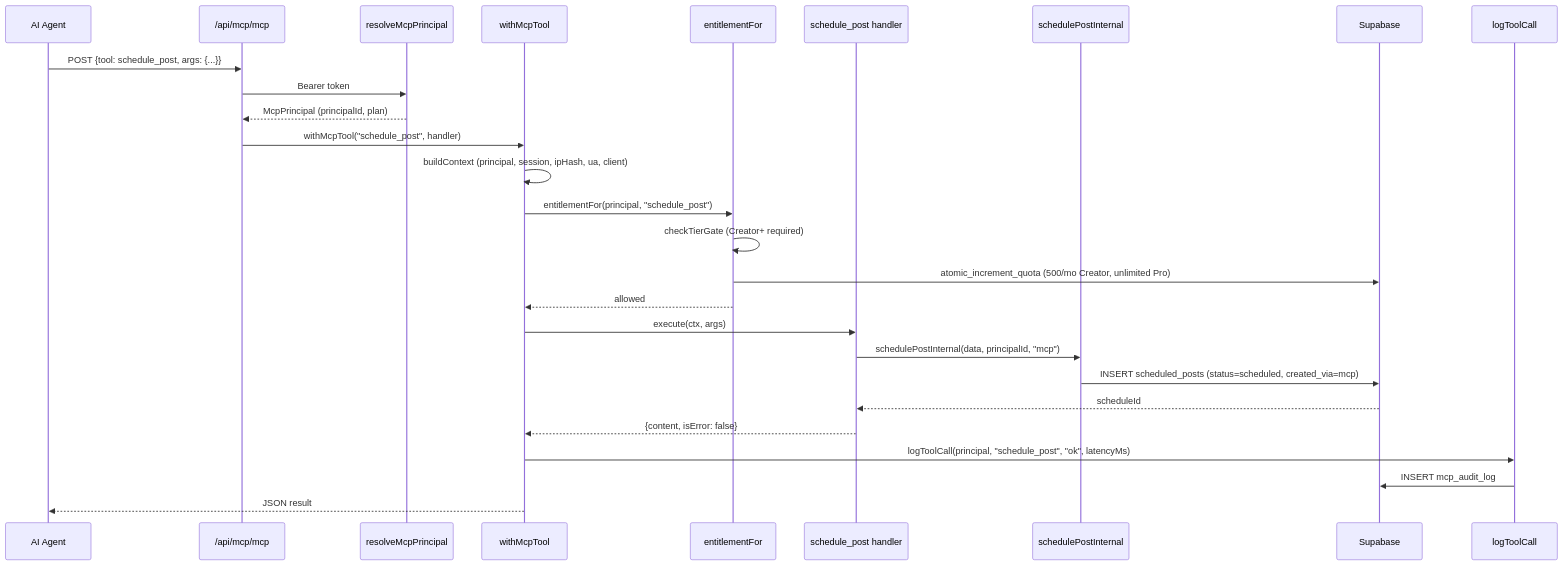
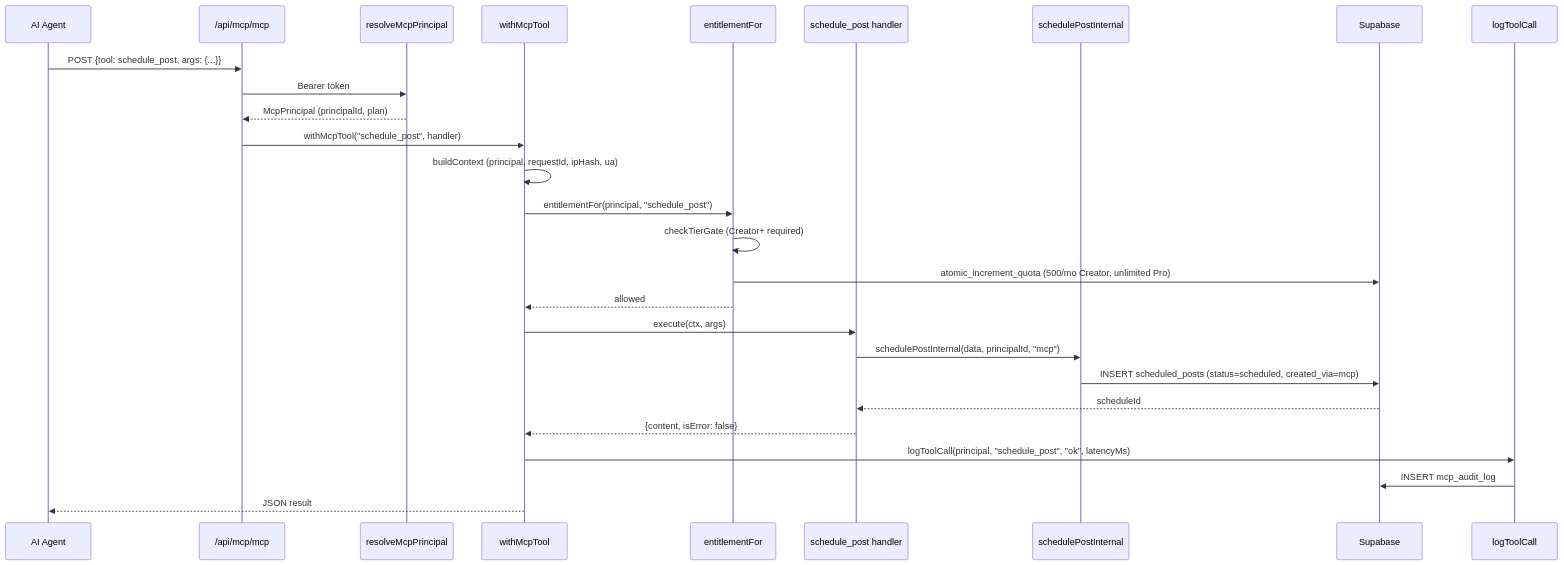
Before and after one commit to Andy00L/sharetopus: the third of 8 diagrams in docs/ARCHITECTURE.md, drawn with Mermaid. The commit also changed other lines of this file and 11 other files, not shown here.

````diff
--- a/docs/ARCHITECTURE.md
+++ b/docs/ARCHITECTURE.md
@@ -314,30 +314,30 @@
 ```mermaid
 sequenceDiagram
     participant Agent as AI Agent
     participant MCP as /api/mcp/mcp
     participant Auth as resolveMcpPrincipal
     participant HOF as withMcpTool
     participant Entitle as entitlementFor
     participant Tool as schedule_post handler
     participant Internal as schedulePostInternal
     participant DB as Supabase
     participant Audit as logToolCall
 
     Agent->>MCP: POST {tool: schedule_post, args: {...}}
     MCP->>Auth: Bearer token
     Auth-->>MCP: McpPrincipal (principalId, plan)
     MCP->>HOF: withMcpTool("schedule_post", handler)
-    HOF->>HOF: buildContext (principal, session, ipHash, ua, client)
+    HOF->>HOF: buildContext (principal, requestId, ipHash, ua)
     HOF->>Entitle: entitlementFor(principal, "schedule_post")
     Entitle->>Entitle: checkTierGate (Creator+ required)
     Entitle->>DB: atomic_increment_quota (500/mo Creator, unlimited Pro)
     Entitle-->>HOF: allowed
     HOF->>Tool: execute(ctx, args)
     Tool->>Internal: schedulePostInternal(data, principalId, "mcp")
     Internal->>DB: INSERT scheduled_posts (status=scheduled, created_via=mcp)
     DB-->>Tool: scheduleId
     Tool-->>HOF: {content, isError: false}
     HOF->>Audit: logToolCall(principal, "schedule_post", "ok", latencyMs)
     Audit->>DB: INSERT mcp_audit_log
     HOF-->>Agent: JSON result
 ```
````
